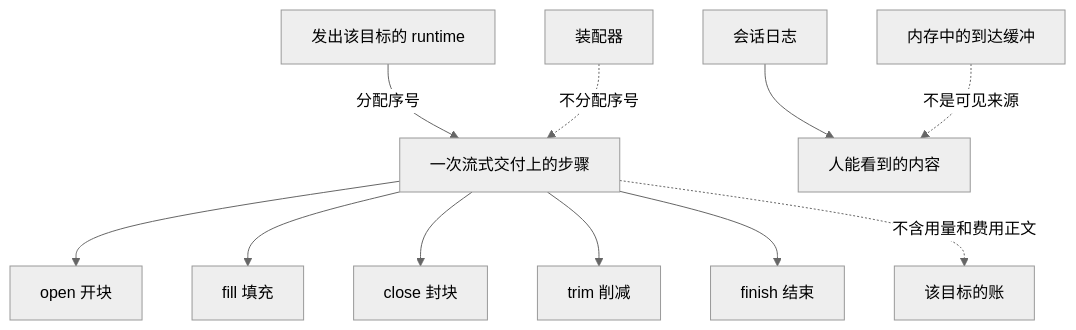
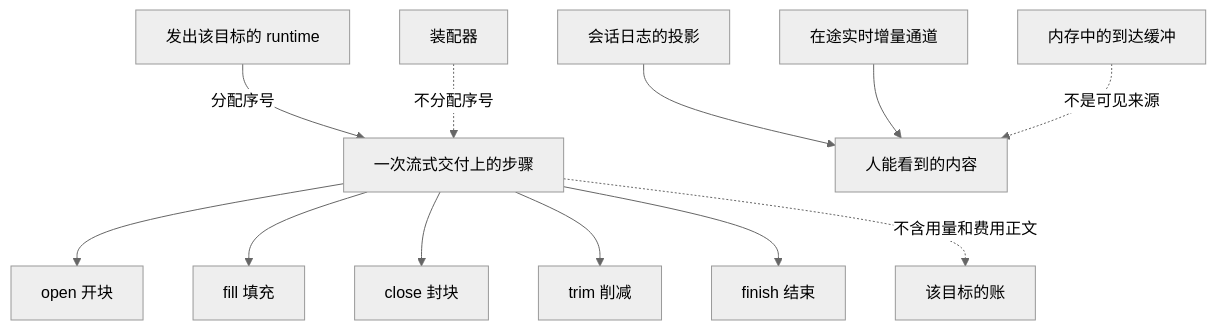
The third of 3 diagrams in docs/architecture/runtime/streaming-and-consumption.md (nemori-ai/omne-harness-lite), drawn with Mermaid (neutral theme) before and after one commit. The commit also changed other lines of this file and 4 other files, not shown here.

First line of the commit message:
docs(architecture): Session 系统页重写与情形表

````diff
--- a/docs/architecture/runtime/streaming-and-consumption.md
+++ b/docs/architecture/runtime/streaming-and-consumption.md
@@ -109,13 +147,14 @@
 ```mermaid
 flowchart TB
   runtime["发出该目标的 runtime"] -->|"分配序号"| step["一次流式交付上的步骤"]
   assembler["装配器"] -.->|"不分配序号"| step
   step --> open["open 开块"]
   step --> fill["fill 填充"]
   step --> close["close 封块"]
   step --> trim["trim 削减"]
   step --> finish["finish 结束"]
   step -.->|"不含用量和费用正文"| account["该目标的账"]
-  log["会话日志"] --> seen["人能看到的内容"]
+  log["会话日志的投影"] --> seen["人能看到的内容"]
+  live["在途实时增量通道"] --> seen
   buffer["内存中的到达缓冲"] -.->|"不是可见来源"| seen
 ```
````
